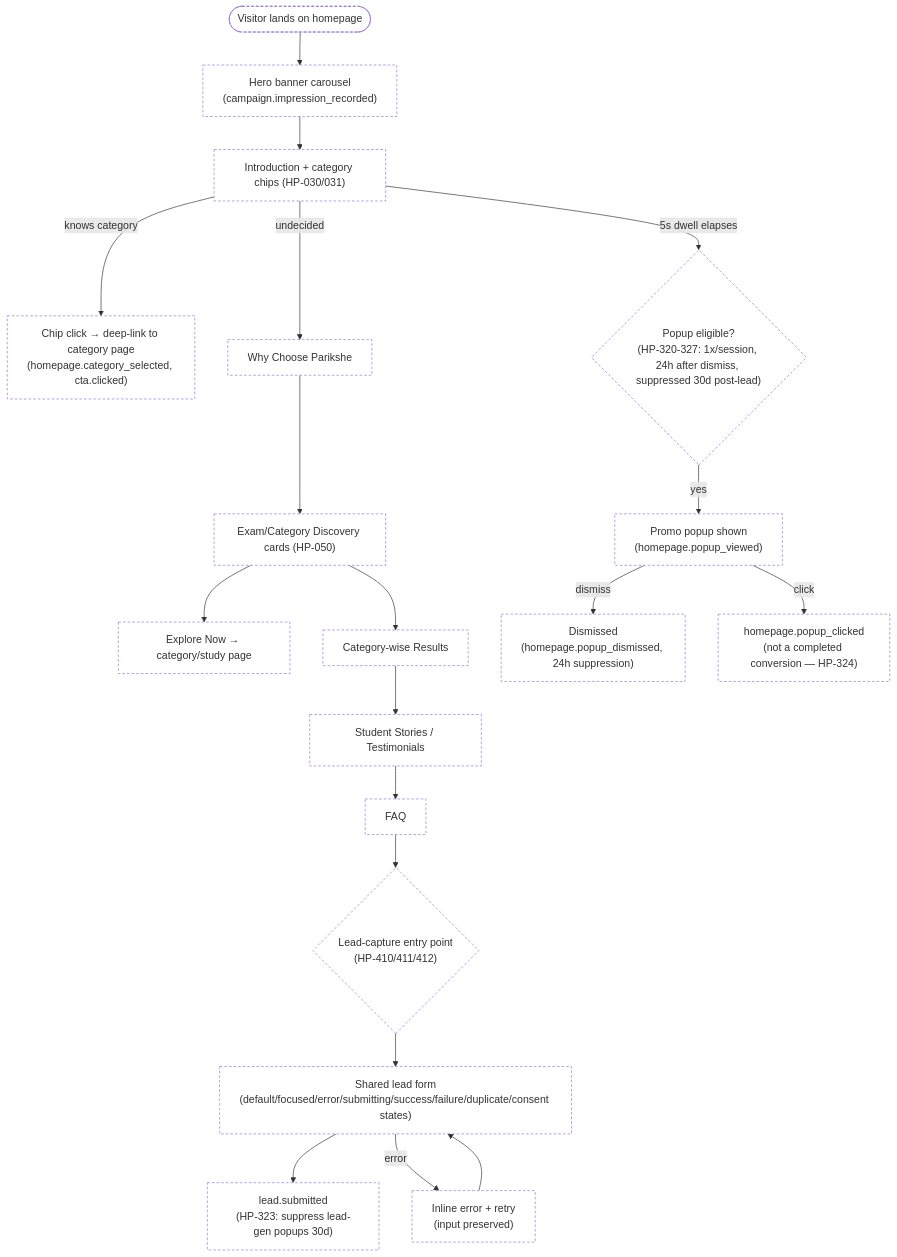
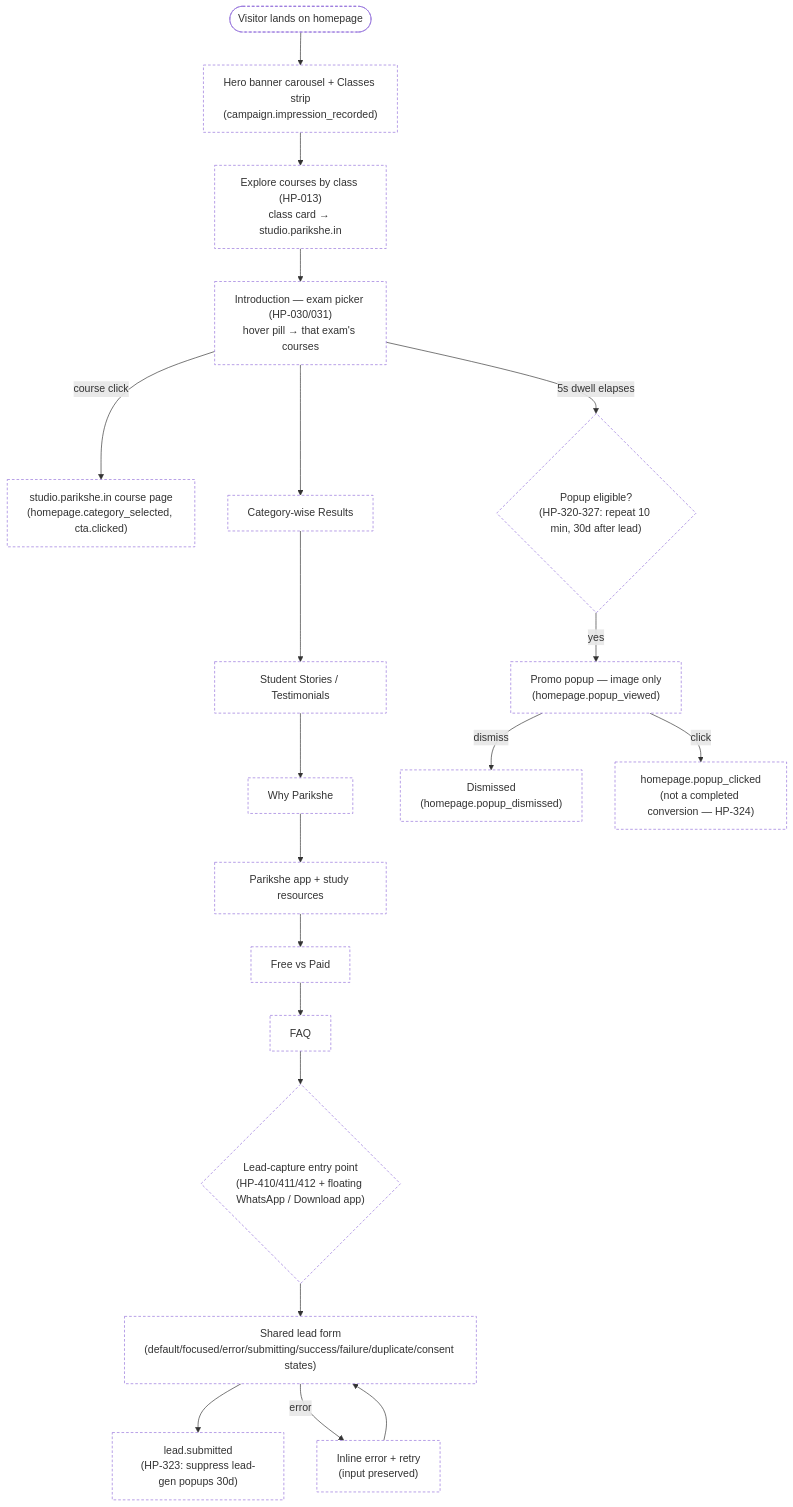
One commit to Manish21-coder/edtech-growth-platform changed the fourth of 4 diagrams in docs/architecture/USER_FLOW_MAP.md. Above: the diagram before and after it, drawn with Mermaid. The commit also changed 42 other files, not shown here.

First line of the commit message:
feat(homepage): section reorder, exam picker, navbar polish, compare table

````diff
--- a/docs/architecture/USER_FLOW_MAP.md
+++ b/docs/architecture/USER_FLOW_MAP.md
@@ -81,21 +81,20 @@
 ```mermaid
 flowchart TD
-  start(["Visitor lands on homepage"]) --> hero["Hero banner carousel<br/>(campaign.impression_recorded)"]
-  hero --> intro["Introduction + category chips (HP-030/031)"]
-  intro -- "knows category" --> chipClick["Chip click → deep-link to category page<br/>(homepage.category_selected, cta.clicked)"]
-  intro -- "undecided" --> why["Why Choose Parikshe"] --> discover["Exam/Category Discovery cards (HP-050)"]
-  discover --> explore["Explore Now → category/study page"]
-  intro -- "5s dwell elapses" --> popupElig{"Popup eligible?<br/>(HP-320-327: 1x/session, 24h after dismiss, suppressed 30d post-lead)"}
-  popupElig -- yes --> popup["Promo popup shown<br/>(homepage.popup_viewed)"]
-  popup -- dismiss --> popupDismiss["Dismissed<br/>(homepage.popup_dismissed, 24h suppression)"]
+  start(["Visitor lands on homepage"]) --> hero["Hero banner carousel + Classes strip<br/>(campaign.impression_recorded)"]
+  hero --> explore["Explore courses by class (HP-013)<br/>class card → studio.parikshe.in"]
+  explore --> intro["Introduction — exam picker (HP-030/031)<br/>hover pill → that exam's courses"]
+  intro -- "course click" --> courseOut["studio.parikshe.in course page<br/>(homepage.category_selected, cta.clicked)"]
+  intro --> results["Category-wise Results"] --> stories["Student Stories / Testimonials"]
+  stories --> why["Why Parikshe"] --> app["Parikshe app + study resources"] --> compare["Free vs Paid"] --> faq["FAQ"]
+  intro -- "5s dwell elapses" --> popupElig{"Popup eligible?<br/>(HP-320-327: repeat 10 min, 30d after lead)"}
+  popupElig -- yes --> popup["Promo popup — image only<br/>(homepage.popup_viewed)"]
+  popup -- dismiss --> popupDismiss["Dismissed<br/>(homepage.popup_dismissed)"]
   popup -- click --> popupClick["homepage.popup_clicked<br/>(not a completed conversion — HP-324)"]
-  discover --> results["Category-wise Results"] --> stories["Student Stories / Testimonials"]
-  stories --> faq["FAQ"]
-  faq --> leadEntry{"Lead-capture entry point<br/>(HP-410/411/412)"}
+  faq --> leadEntry{"Lead-capture entry point<br/>(HP-410/411/412 + floating WhatsApp / Download app)"}
   leadEntry --> form["Shared lead form<br/>(default/focused/error/submitting/success/failure/duplicate/consent states)"]
   form --> submitOk["lead.submitted<br/>(HP-323: suppress lead-gen popups 30d)"]
   form -- error --> formErr["Inline error + retry<br/>(input preserved)"] --> form
 
   classDef proposed stroke-dasharray:4 3,fill:#fff;
-  class start,hero,intro,chipClick,why,discover,explore,popupElig,popup,popupDismiss,popupClick,results,stories,faq,leadEntry,form,submitOk,formErr proposed;
+  class start,hero,explore,intro,courseOut,results,stories,why,app,compare,faq,popupElig,popup,popupDismiss,popupClick,leadEntry,form,submitOk,formErr proposed;
 ```
````
